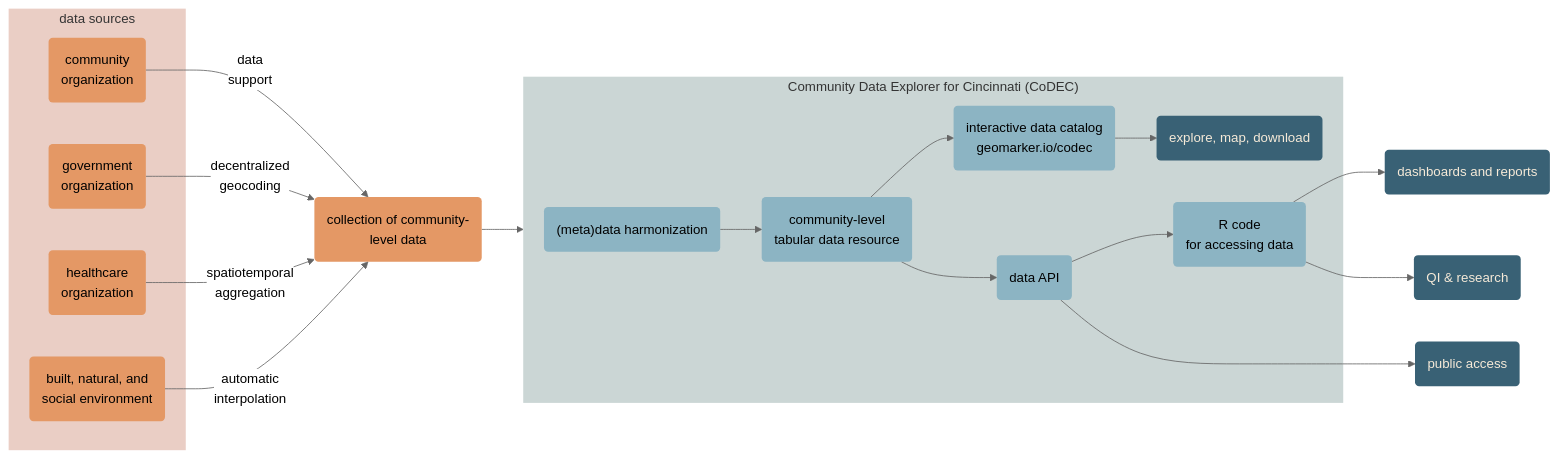
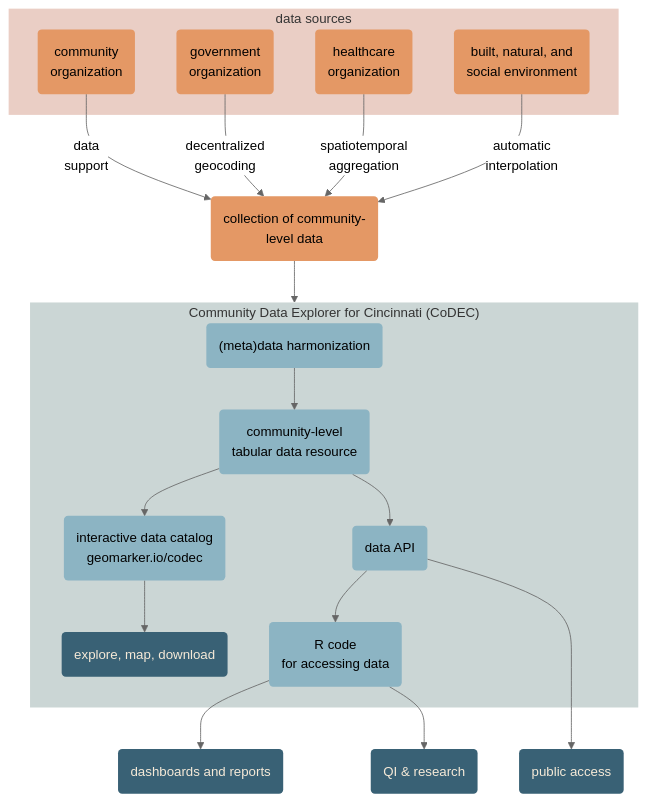
Before and after one commit to geomarker-io/codec_talk: the first of 2 diagrams in index.qmd, drawn with Mermaid (neutral theme). The commit also changed other lines of this file and 1 other file, not shown here.

````diff
--- a/index.qmd
+++ b/index.qmd
@@ -108,44 +105,46 @@
 ```{mermaid}
+%%| fig-height: 6.8
+
 %%{init: { "fontFamily": "arial" } }%%
 
-flowchart LR
+flowchart TD
 
 classDef I fill:#E49865,stroke:#333,stroke-width:0px;
 classDef II fill:#EACEC5,stroke:#333,stroke-width:0px;
 classDef III fill:#CBD6D5,stroke:#333,stroke-width:0px;
 classDef IIII fill:#8CB4C3,stroke:#333,stroke-width:0px;
 classDef V fill:#396175,color:#F6EAD8,stroke:#333,stroke-width:0px;
 
 subgraph source-box [data sources]
     org(community \norganization):::I
     jfs(government \n organization):::I
     cchmc("healthcare \n organization"):::I
     acs("built, natural, and \n social environment"):::I
 end
 class source-box II
 
 stage(collection of community-\nlevel data):::I
 
 org --> |"data \n support"| stage
 jfs --> |decentralized \n geocoding| stage
 cchmc --> |spatiotemporal \n aggregation| stage
 acs --> |automatic \n interpolation| stage
 stage --> codec-box
 
 subgraph codec-box ["Community Data Explorer for Cincinnati (CoDEC)"]
     ingest("(meta)data harmonization"):::IIII
     data(community-level \n tabular data resource):::IIII
     data-catalog("interactive data catalog\n geomarker.io/codec"):::IIII
     ingest --> data
     data --> data-catalog
     data --> api(data API):::IIII
     api --> bindings(R code \n for accessing data):::IIII
     data-catalog --> download(explore, map, download):::V
 end
 
 class codec-box III
 
 bindings --> dashboard("dashboards and reports"):::V
 bindings --> qr(QI & research):::V
 api ---> anywhere(public access):::V
 ```
````
